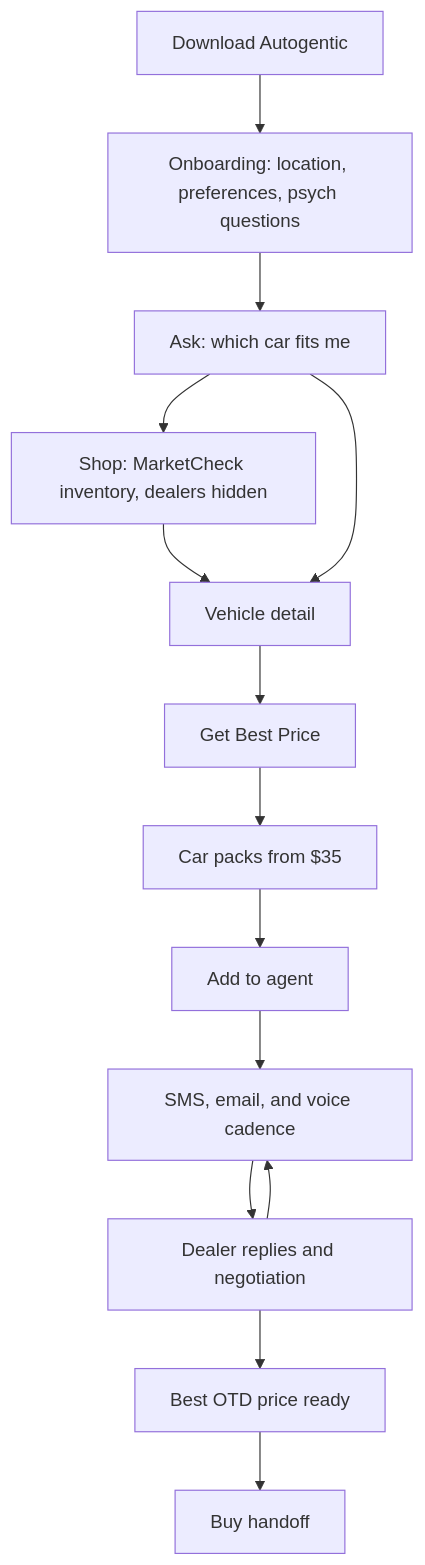
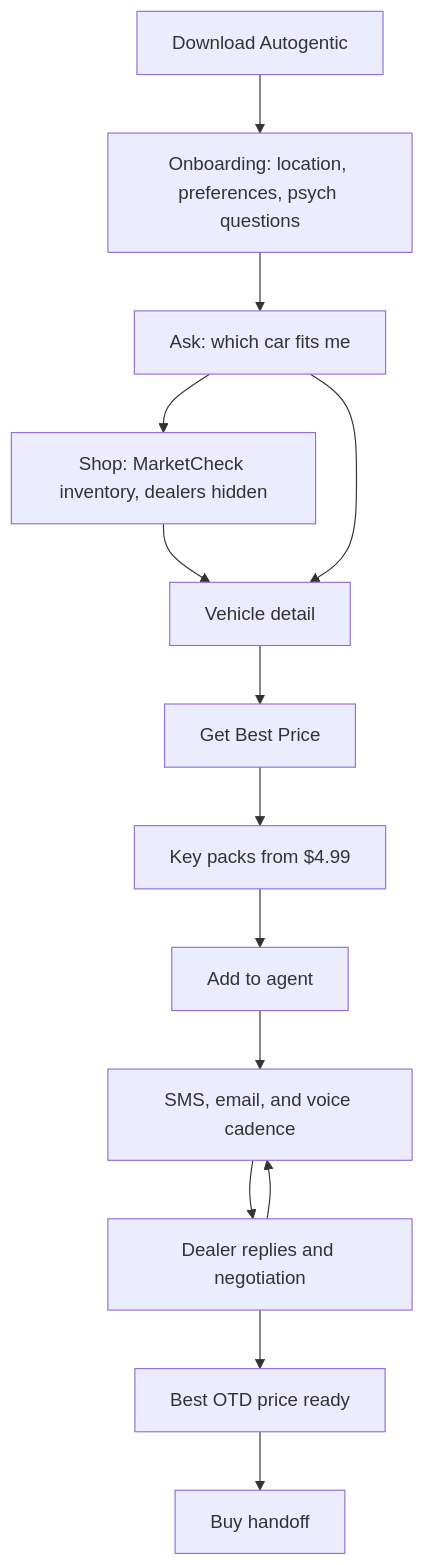
The diagram in docs/drevvy/USER_JOURNEY.md (wilsonpartyof5/autoagent), drawn with Mermaid before and after one commit. The commit also changed other lines of this file and 48 other files, not shown here.

First line of the commit message:
Retarget shopper purchases to 1/5/10/25 key packs.

````diff
--- a/docs/drevvy/USER_JOURNEY.md
+++ b/docs/drevvy/USER_JOURNEY.md
@@ -7,19 +7,19 @@
 ```mermaid
 flowchart TD
   download[Download Autogentic]
   onboard[Onboarding: location, preferences, psych questions]
   ask[Ask: which car fits me]
   shop[Shop: MarketCheck inventory, dealers hidden]
   vdp[Vehicle detail]
   best[Get Best Price]
-  paywall["Car packs from $35"]
+  paywall["Key packs from $4.99"]
   add[Add to agent]
   outreach[SMS, email, and voice cadence]
   replies[Dealer replies and negotiation]
   ready[Best OTD price ready]
   handoff[Buy handoff]
 
   download --> onboard --> ask --> shop --> vdp --> best --> paywall --> add --> outreach --> replies --> ready --> handoff
   ask --> vdp
   replies --> outreach
 ```
````
